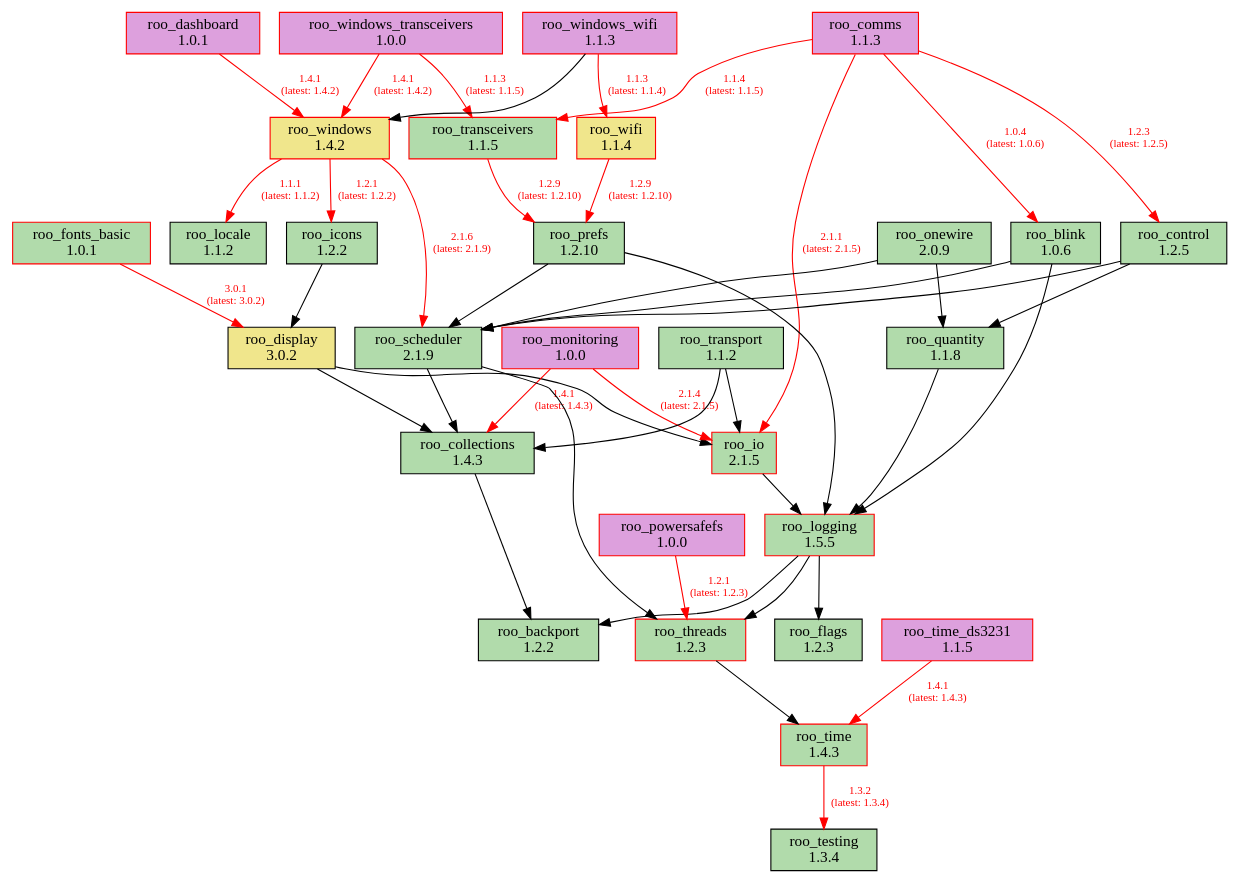
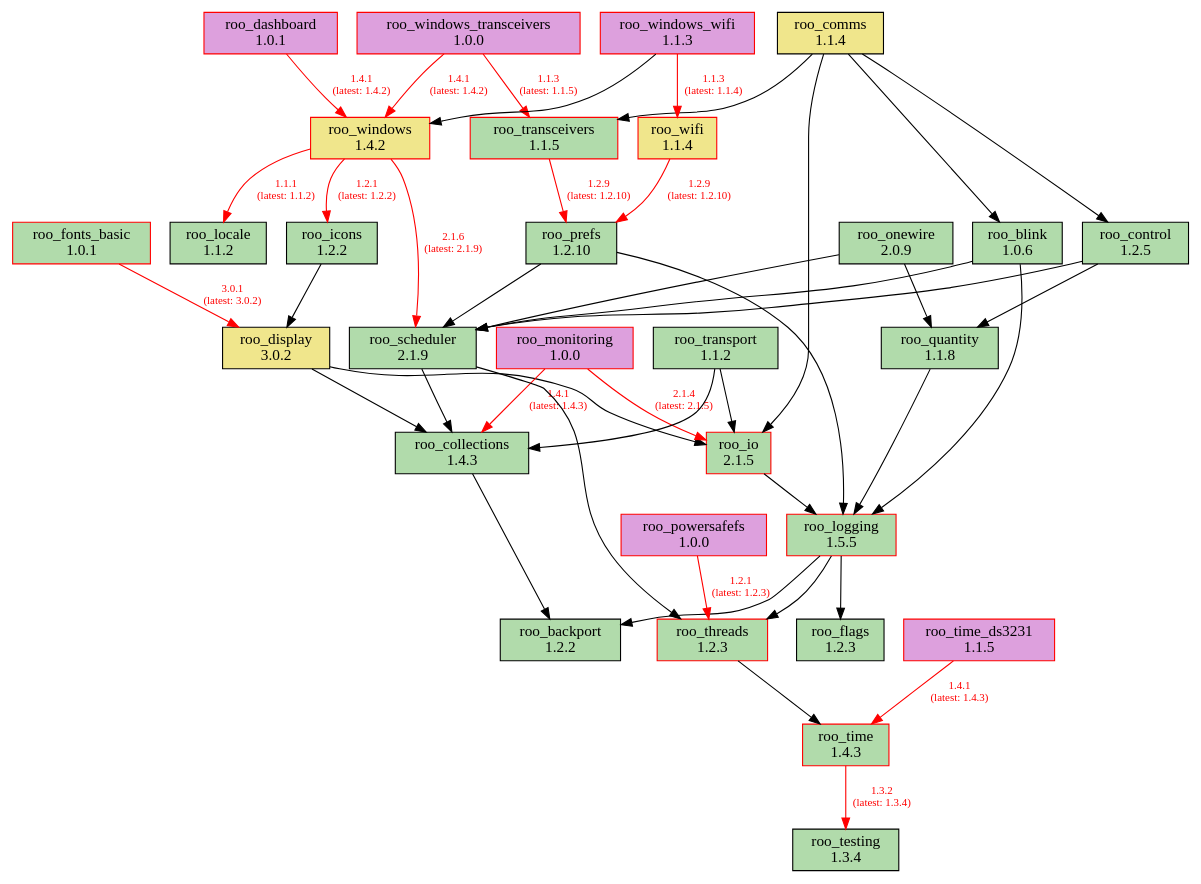
One commit to dejwk/roo-registry changed the diagram in doc/dependencies.dot. Above: the diagram before and after it, drawn with Graphviz. The commit also changed 3 other files, not shown here.

Commit message:
Added roo_comms 1.1.4 to the registry.

```diff
--- a/doc/dependencies.dot
+++ b/doc/dependencies.dot
@@ -1,80 +1,80 @@
 digraph dependencies {
     rankdir=TB;
     node [shape=box, style=filled];
     edge [fontsize=10];
 
     // Modules
     "roo_backport" [label="roo_backport\n1.2.2", fillcolor="#b1dbab", color="black"];
     "roo_blink" [label="roo_blink\n1.0.6", fillcolor="#b1dbab", color="black"];
     "roo_collections" [label="roo_collections\n1.4.3", fillcolor="#b1dbab", color="black"];
-    "roo_comms" [label="roo_comms\n1.1.3", fillcolor="plum", color="red"];
+    "roo_comms" [label="roo_comms\n1.1.4", fillcolor="khaki", color="black"];
     "roo_control" [label="roo_control\n1.2.5", fillcolor="#b1dbab", color="black"];
     "roo_dashboard" [label="roo_dashboard\n1.0.1", fillcolor="plum", color="red"];
     "roo_display" [label="roo_display\n3.0.2", fillcolor="khaki", color="black"];
     "roo_flags" [label="roo_flags\n1.2.3", fillcolor="#b1dbab", color="black"];
     "roo_fonts_basic" [label="roo_fonts_basic\n1.0.1", fillcolor="#b1dbab", color="red"];
     "roo_icons" [label="roo_icons\n1.2.2", fillcolor="#b1dbab", color="black"];
     "roo_io" [label="roo_io\n2.1.5", fillcolor="#b1dbab", color="red"];
     "roo_locale" [label="roo_locale\n1.1.2", fillcolor="#b1dbab", color="black"];
     "roo_logging" [label="roo_logging\n1.5.5", fillcolor="#b1dbab", color="red"];
     "roo_monitoring" [label="roo_monitoring\n1.0.0", fillcolor="plum", color="red"];
     "roo_onewire" [label="roo_onewire\n2.0.9", fillcolor="#b1dbab", color="black"];
     "roo_powersafefs" [label="roo_powersafefs\n1.0.0", fillcolor="plum", color="red"];
     "roo_prefs" [label="roo_prefs\n1.2.10", fillcolor="#b1dbab", color="black"];
     "roo_quantity" [label="roo_quantity\n1.1.8", fillcolor="#b1dbab", color="black"];
     "roo_scheduler" [label="roo_scheduler\n2.1.9", fillcolor="#b1dbab", color="black"];
     "roo_testing" [label="roo_testing\n1.3.4", fillcolor="#b1dbab", color="black"];
     "roo_threads" [label="roo_threads\n1.2.3", fillcolor="#b1dbab", color="red"];
     "roo_time" [label="roo_time\n1.4.3", fillcolor="#b1dbab", color="red"];
     "roo_time_ds3231" [label="roo_time_ds3231\n1.1.5", fillcolor="plum", color="red"];
     "roo_transceivers" [label="roo_transceivers\n1.1.5", fillcolor="#b1dbab", color="red"];
     "roo_transport" [label="roo_transport\n1.1.2", fillcolor="#b1dbab", color="black"];
     "roo_wifi" [label="roo_wifi\n1.1.4", fillcolor="khaki", color="red"];
     "roo_windows" [label="roo_windows\n1.4.2", fillcolor="khaki", color="red"];
     "roo_windows_transceivers" [label="roo_windows_transceivers\n1.0.0", fillcolor="plum", color="red"];
     "roo_windows_wifi" [label="roo_windows_wifi\n1.1.3", fillcolor="plum", color="red"];
 
     // Dependencies
     "roo_blink" -> "roo_logging";
     "roo_blink" -> "roo_scheduler";
     "roo_collections" -> "roo_backport";
-    "roo_comms" -> "roo_blink" [color=red, fontcolor=red, label="1.0.4\n(latest: 1.0.6)"];
-    "roo_comms" -> "roo_control" [color=red, fontcolor=red, label="1.2.3\n(latest: 1.2.5)"];
-    "roo_comms" -> "roo_io" [color=red, fontcolor=red, label="2.1.1\n(latest: 2.1.5)"];
-    "roo_comms" -> "roo_transceivers" [color=red, fontcolor=red, label="1.1.4\n(latest: 1.1.5)"];
+    "roo_comms" -> "roo_blink";
+    "roo_comms" -> "roo_control";
+    "roo_comms" -> "roo_io";
+    "roo_comms" -> "roo_transceivers";
     "roo_control" -> "roo_quantity";
     "roo_control" -> "roo_scheduler";
     "roo_dashboard" -> "roo_windows" [color=red, fontcolor=red, label="1.4.1\n(latest: 1.4.2)"];
     "roo_display" -> "roo_collections";
     "roo_display" -> "roo_io";
     "roo_fonts_basic" -> "roo_display" [color=red, fontcolor=red, label="3.0.1\n(latest: 3.0.2)"];
     "roo_icons" -> "roo_display";
     "roo_io" -> "roo_logging";
     "roo_logging" -> "roo_backport";
     "roo_logging" -> "roo_flags";
     "roo_logging" -> "roo_threads";
     "roo_monitoring" -> "roo_collections" [color=red, fontcolor=red, label="1.4.1\n(latest: 1.4.3)"];
     "roo_monitoring" -> "roo_io" [color=red, fontcolor=red, label="2.1.4\n(latest: 2.1.5)"];
     "roo_onewire" -> "roo_scheduler";
     "roo_onewire" -> "roo_quantity";
     "roo_powersafefs" -> "roo_threads" [color=red, fontcolor=red, label="1.2.1\n(latest: 1.2.3)"];
     "roo_prefs" -> "roo_logging";
     "roo_prefs" -> "roo_scheduler";
     "roo_quantity" -> "roo_logging";
     "roo_scheduler" -> "roo_collections";
     "roo_scheduler" -> "roo_threads";
     "roo_threads" -> "roo_time";
     "roo_time" -> "roo_testing" [color=red, fontcolor=red, label="1.3.2\n(latest: 1.3.4)"];
     "roo_time_ds3231" -> "roo_time" [color=red, fontcolor=red, label="1.4.1\n(latest: 1.4.3)"];
     "roo_transceivers" -> "roo_prefs" [color=red, fontcolor=red, label="1.2.9\n(latest: 1.2.10)"];
     "roo_transport" -> "roo_collections";
     "roo_transport" -> "roo_io";
     "roo_wifi" -> "roo_prefs" [color=red, fontcolor=red, label="1.2.9\n(latest: 1.2.10)"];
     "roo_windows" -> "roo_locale" [color=red, fontcolor=red, label="1.1.1\n(latest: 1.1.2)"];
     "roo_windows" -> "roo_icons" [color=red, fontcolor=red, label="1.2.1\n(latest: 1.2.2)"];
     "roo_windows" -> "roo_scheduler" [color=red, fontcolor=red, label="2.1.6\n(latest: 2.1.9)"];
     "roo_windows_transceivers" -> "roo_transceivers" [color=red, fontcolor=red, label="1.1.3\n(latest: 1.1.5)"];
     "roo_windows_transceivers" -> "roo_windows" [color=red, fontcolor=red, label="1.4.1\n(latest: 1.4.2)"];
     "roo_windows_wifi" -> "roo_wifi" [color=red, fontcolor=red, label="1.1.3\n(latest: 1.1.4)"];
     "roo_windows_wifi" -> "roo_windows";
 }
```
